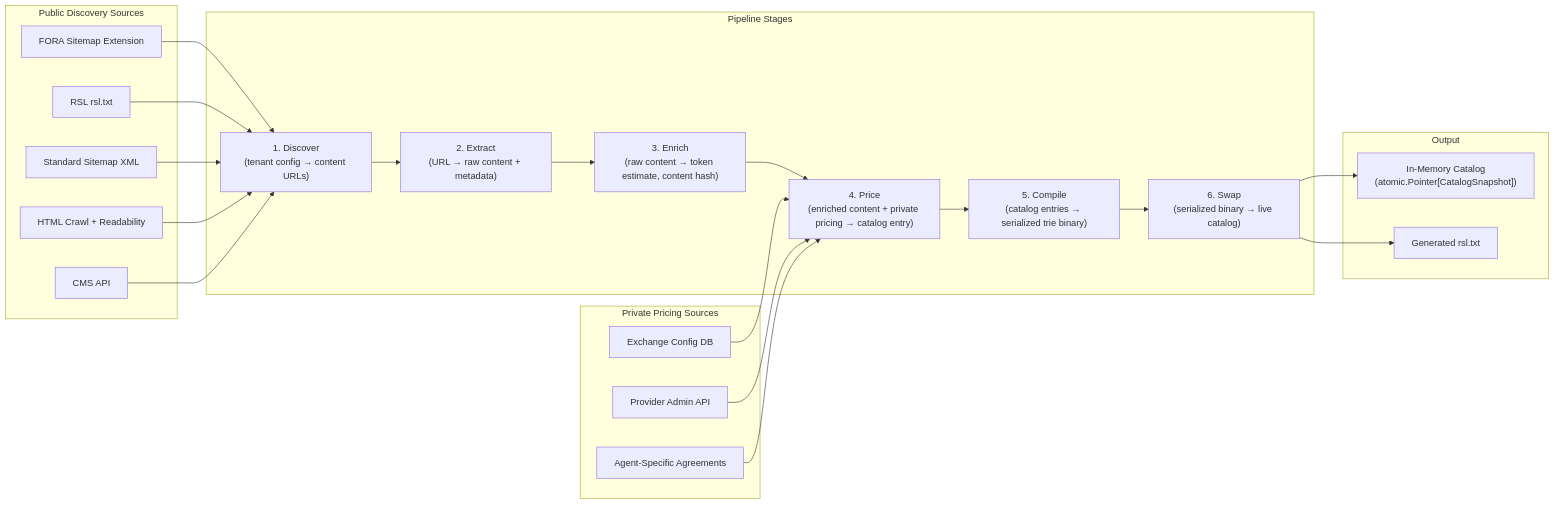
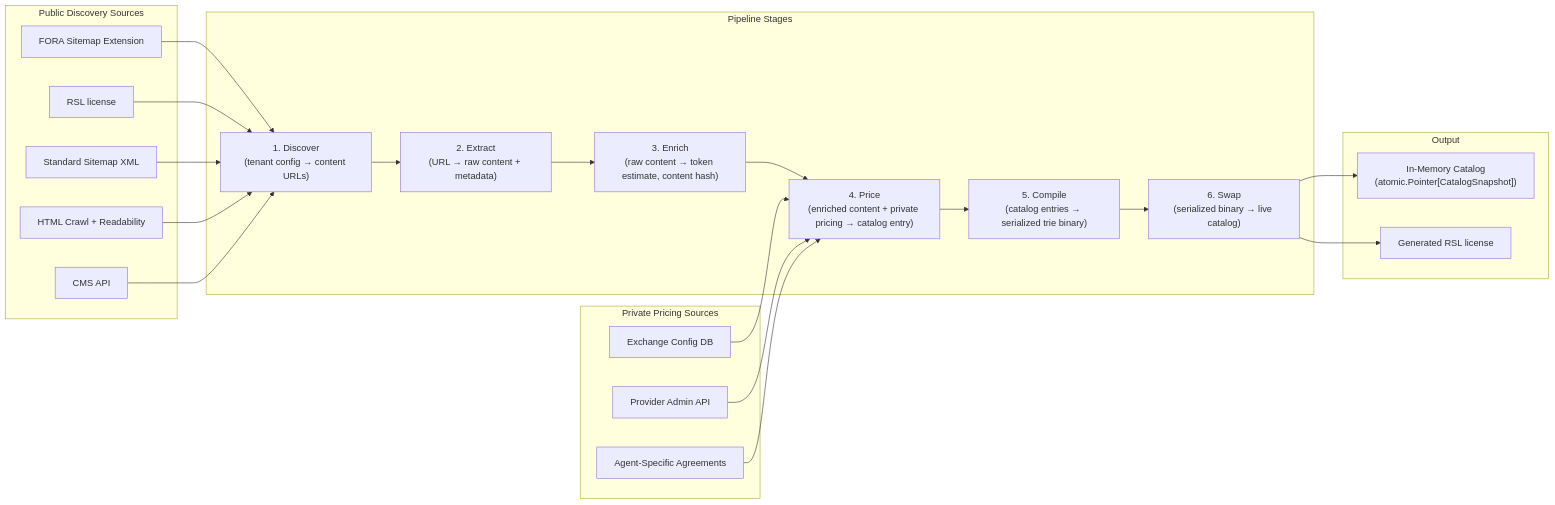
The diagram in website/src/content/docs/components/content-ingestion/overview.mdx (FORA-Protocol/protocol), drawn with Mermaid before and after one commit. The commit also changed other lines of this file and 9 other files, not shown here.

Commit message:
Name the RSL license, not a fixed file, on the architecture and component pages

````diff
--- a/website/src/content/docs/components/content-ingestion/overview.mdx
+++ b/website/src/content/docs/components/content-ingestion/overview.mdx
@@ -16,50 +16,50 @@
 ```mermaid
 graph LR
     subgraph "Public Discovery Sources"
         S1[FORA Sitemap Extension]
-        S2[RSL rsl.txt]
+        S2[RSL license]
         S3[Standard Sitemap XML]
         S4[HTML Crawl + Readability]
         S5[CMS API]
     end
 
     subgraph "Private Pricing Sources"
         P1[Exchange Config DB]
         P2[Provider Admin API]
         P3[Agent-Specific Agreements]
     end
 
     subgraph "Pipeline Stages"
         DISC["1. Discover<br/>(tenant config → content URLs)"]
         NORM["2. Extract<br/>(URL → raw content + metadata)"]
         ENRICH["3. Enrich<br/>(raw content → token estimate, content hash)"]
         PRICE["4. Price<br/>(enriched content + private pricing → catalog entry)"]
         COMPILE["5. Compile<br/>(catalog entries → serialized trie binary)"]
         SWAP["6. Swap<br/>(serialized binary → live catalog)"]
     end
 
     subgraph "Output"
         CAT["In-Memory Catalog<br/>(atomic.Pointer[CatalogSnapshot])"]
-        RSL_OUT[Generated rsl.txt]
+        RSL_OUT[Generated RSL license]
     end
 
     S1 --> DISC
     S2 --> DISC
     S3 --> DISC
     S4 --> DISC
     S5 --> DISC
 
     DISC --> NORM
     NORM --> ENRICH
     ENRICH --> PRICE
 
     P1 --> PRICE
     P2 --> PRICE
     P3 --> PRICE
 
     PRICE --> COMPILE
     COMPILE --> SWAP
 
     SWAP --> CAT
     SWAP --> RSL_OUT
 ```
````
